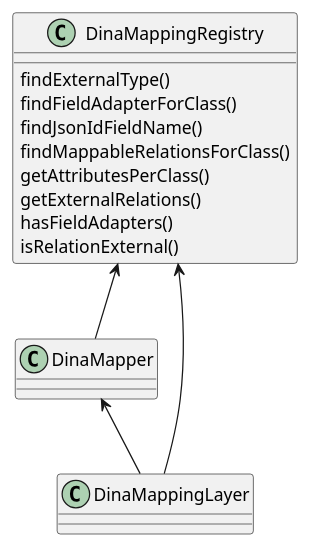
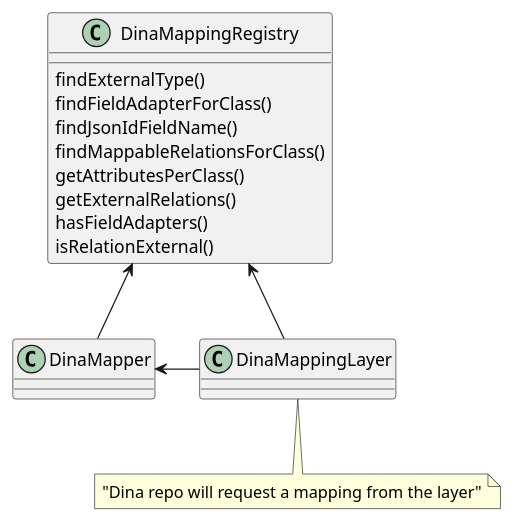
Before and after one commit to AAFC-BICoE/dina-base-api: the diagram in docs/plantumls/MappingOverview.puml, drawn with PlantUML.

Commit message:
24128_allow_mapping_on_dto_that_is_not_relation
update MappingOverview.puml

```diff
--- a/docs/plantumls/MappingOverview.puml
+++ b/docs/plantumls/MappingOverview.puml
@@ -1,14 +1,16 @@
 @startuml
 DinaMappingRegistry <-- DinaMapper
 DinaMappingRegistry <-- DinaMappingLayer
-DinaMapper <-- DinaMappingLayer
+DinaMapper <- DinaMappingLayer
 
 DinaMappingRegistry : findExternalType()
 DinaMappingRegistry : findFieldAdapterForClass()
 DinaMappingRegistry : findJsonIdFieldName()
 DinaMappingRegistry : findMappableRelationsForClass()
 DinaMappingRegistry : getAttributesPerClass()
 DinaMappingRegistry : getExternalRelations()
 DinaMappingRegistry : hasFieldAdapters()
 DinaMappingRegistry : isRelationExternal()
+
+note bottom of DinaMappingLayer: "Dina repo will request a mapping from the layer"
 @enduml
```
